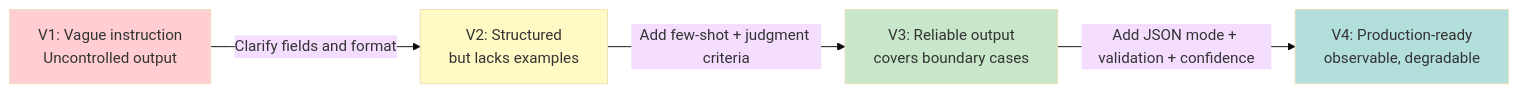
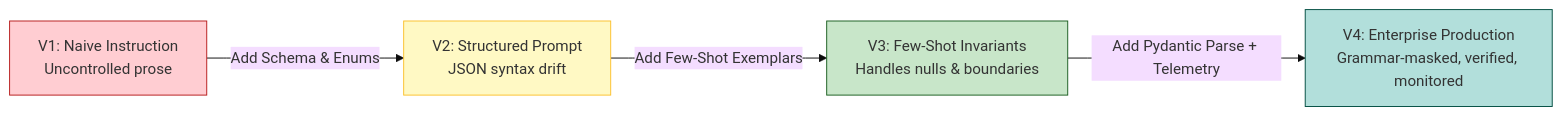
Before and after one commit to yingwang/thinking-in-llm: the third of 4 diagrams in en/chapters/09-prompting.md, drawn with Mermaid (base theme). The commit also changed other lines of this file and 31 other files, not shown here.

````diff
--- a/en/chapters/09-prompting.md
+++ b/en/chapters/09-prompting.md
@@ -752,11 +493,11 @@
 ```mermaid
 graph LR
-    V1["V1: Vague instruction<br/>Uncontrolled output"] -->|Clarify fields and format| V2["V2: Structured<br/>but lacks examples"]
-    V2 -->|Add few-shot + judgment criteria| V3["V3: Reliable output<br/>covers boundary cases"]
-    V3 -->|Add JSON mode + validation + confidence| V4["V4: Production-ready<br/>observable, degradable"]
+    V1["V1: Naive Instruction<br/>Uncontrolled prose"] -->|Add Schema & Enums| V2["V2: Structured Prompt<br/>JSON syntax drift"]
+    V2 -->|Add Few-Shot Exemplars| V3["V3: Few-Shot Invariants<br/>Handles nulls & boundaries"]
+    V3 -->|Add Pydantic Parse + Telemetry| V4["V4: Enterprise Production<br/>Grammar-masked, verified, monitored"]
 
-    style V1 fill:#ffcdd2
-    style V2 fill:#fff9c4
-    style V3 fill:#c8e6c9
-    style V4 fill:#b2dfdb
+    style V1 fill:#ffcdd2,stroke:#b71c1c
+    style V2 fill:#fff9c4,stroke:#fbc02d
+    style V3 fill:#c8e6c9,stroke:#1b5e20
+    style V4 fill:#b2dfdb,stroke:#004d40
 ```
````
